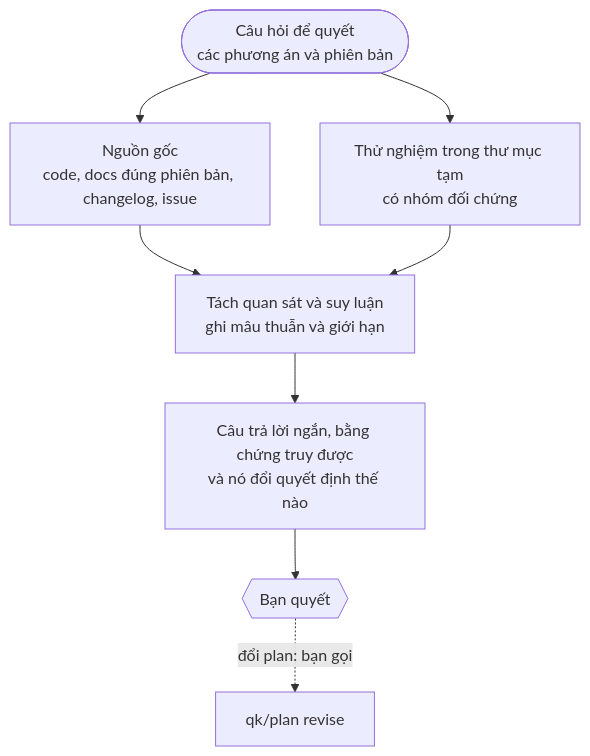
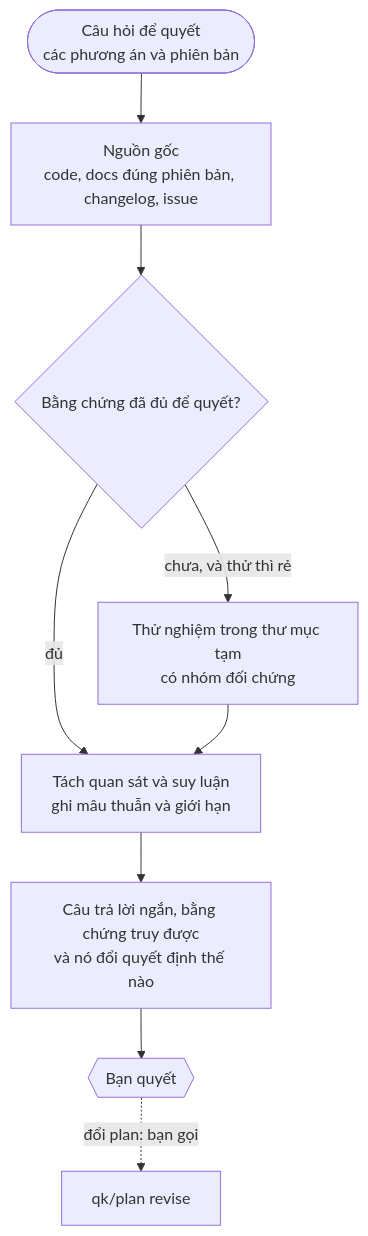
One commit to dakiquang/qk changed the diagram in docs/vi/skills/qk-research.md. Above: the diagram before and after it, drawn with Mermaid. The commit also changed 11 other files, not shown here.

First line of the commit message:
docs: match the diagrams to the runner and skill sources

````diff
--- a/docs/vi/skills/qk-research.md
+++ b/docs/vi/skills/qk-research.md
@@ -11,10 +11,11 @@
 ```mermaid
 flowchart TB
     q(["Câu hỏi để quyết<br/>các phương án và phiên bản"]) --> src["Nguồn gốc<br/>code, docs đúng phiên bản, changelog, issue"]
-    q --> exp["Thử nghiệm trong thư mục tạm<br/>có nhóm đối chứng"]
-    src --> label["Tách quan sát và suy luận<br/>ghi mâu thuẫn và giới hạn"]
-    exp --> label
+    src --> settled{"Bằng chứng đã đủ để quyết?"}
+    settled -- "chưa, và thử thì rẻ" --> exp["Thử nghiệm trong thư mục tạm<br/>có nhóm đối chứng"]
+    settled -- "đủ" --> label
+    exp --> label["Tách quan sát và suy luận<br/>ghi mâu thuẫn và giới hạn"]
     label --> ans["Câu trả lời ngắn, bằng chứng truy được<br/>và nó đổi quyết định thế nào"]
     ans --> you{{"Bạn quyết"}}
     you -. "đổi plan: bạn gọi" .-> plan["qk/plan revise"]
 ```
````
